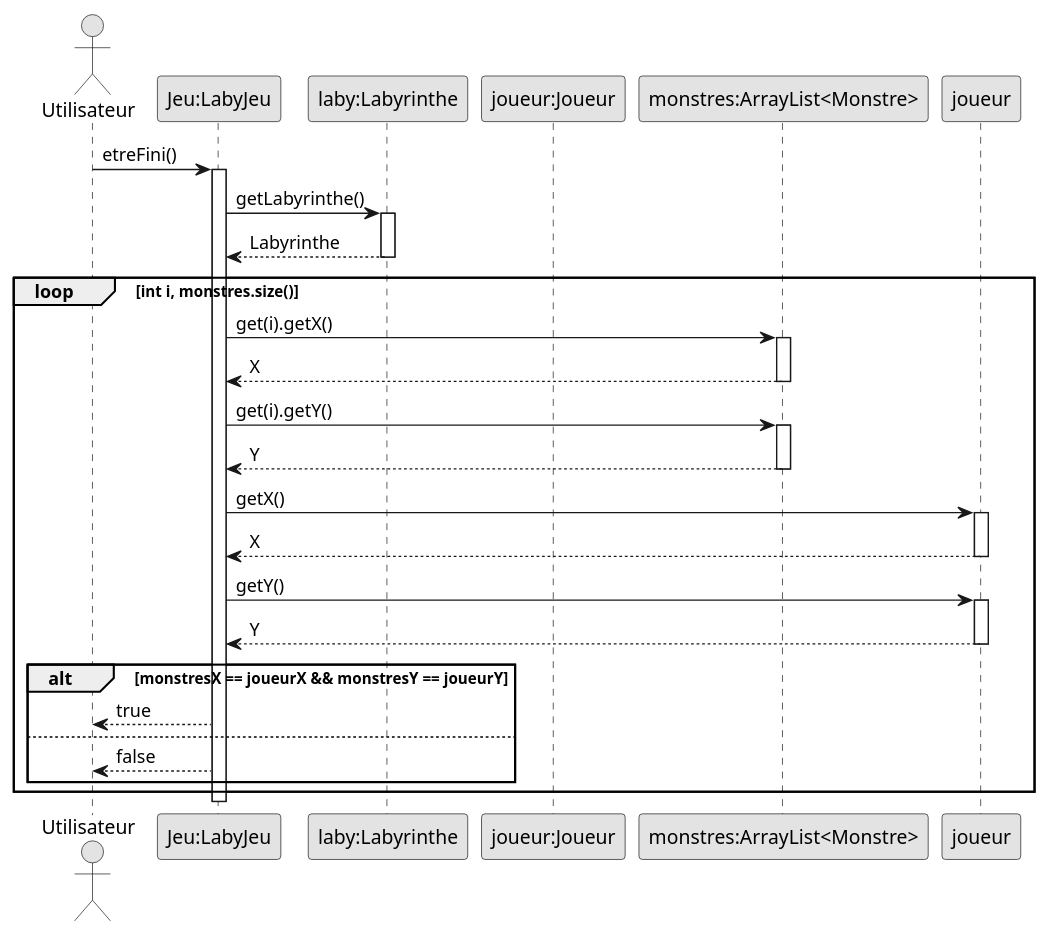
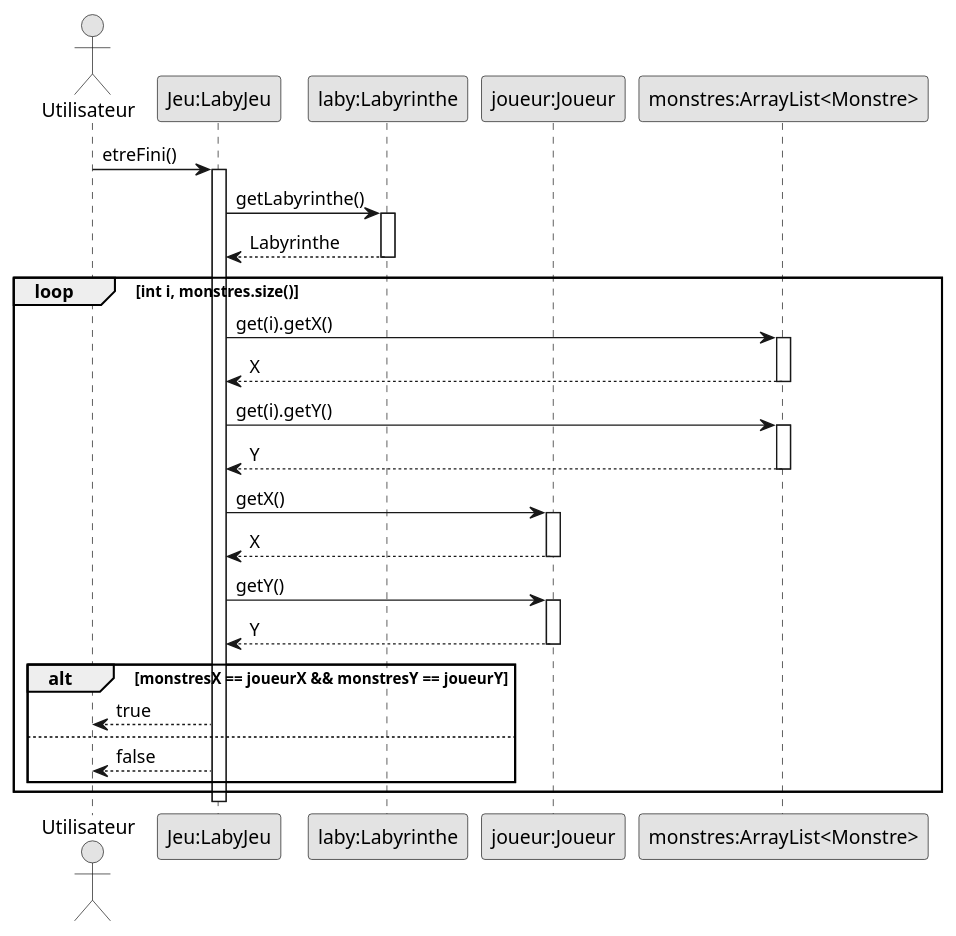
Before and after one commit to Dracosxs/2022_Zeldiablo_MOUGIN_DEFOLIE_KETZINGER_KOLER: the diagram in documents/version_3/FinDuJeuMortDuHero.puml, drawn with PlantUML. The commit also changed 1 other file, not shown here.

Commit message:
ajout diagramme de séquence pour la fonctionnalité de victoire du héro

```diff
--- a/documents/version_3/FinDuJeuMortDuHero.puml
+++ b/documents/version_3/FinDuJeuMortDuHero.puml
@@ -1,42 +1,42 @@
 @startuml
 skinparam monochrome true
 
 actor Utilisateur
 
 participant "Jeu:LabyJeu" as Jeu
 participant "laby:Labyrinthe" as laby
-participant "joueur:Joueur" as J
+participant "joueur:Joueur" as joueur
 participant "monstres:ArrayList<Monstre>" as monstres
 
 Utilisateur -> Jeu: etreFini()
 activate Jeu
 Jeu -> laby: getLabyrinthe()
 activate laby
 Jeu <-- laby: Labyrinthe
 deactivate laby
 loop int i, monstres.size()
     Jeu -> monstres: get(i).getX()
     activate monstres
     Jeu <-- monstres: X
     deactivate monstres
     Jeu -> monstres: get(i).getY()
     activate monstres
     Jeu <-- monstres: Y
     deactivate monstres
     Jeu -> joueur: getX()
     activate joueur
     Jeu <-- joueur: X
     deactivate joueur
     Jeu -> joueur: getY()
     activate joueur
     Jeu <-- joueur: Y
     deactivate joueur
     alt monstresX == joueurX && monstresY == joueurY
          Utilisateur <-- Jeu: true
     else
         Utilisateur <-- Jeu: false
     end
 end
 deactivate Jeu
 
 @enduml
```
